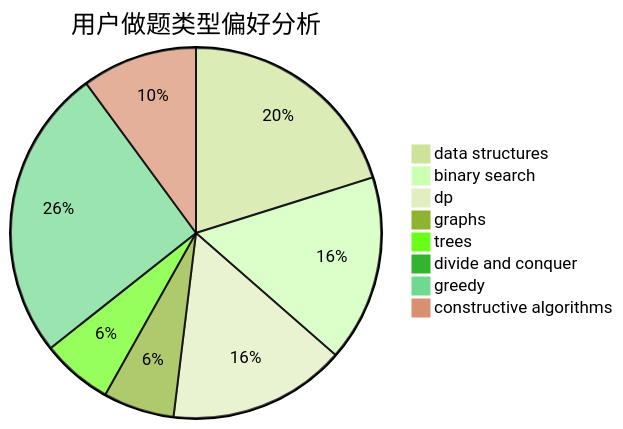
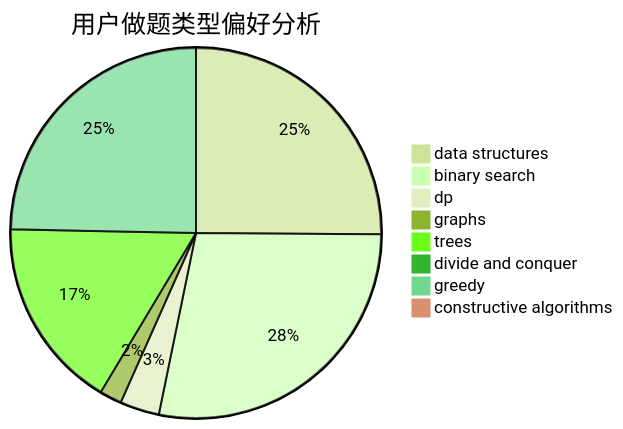
The second of 3 diagrams in docs/user/u1437.md (sherpahu/cfrs.github.io), drawn with Mermaid (forest theme) before and after one commit. The commit also changed other lines of this file and 2770 other files, not shown here.

````diff
--- a/docs/user/u1437.md
+++ b/docs/user/u1437.md
@@ -23,11 +23,11 @@
 ```mermaid
 pie title 用户做题类型偏好分析
-    "data structures" :  26
-    "binary search" :  21
-    "dp" :  20
-    "graphs" :  8
-    "trees" :  8
+    "data structures" :  117
+    "binary search" :  131
+    "dp" :  16
+    "graphs" :  9
+    "trees" :  78
     "divide and conquer" :  0
-    "greedy" :  33
-    "constructive algorithms" :  13
+    "greedy" :  115
+    "constructive algorithms" :  3
 ```
````
